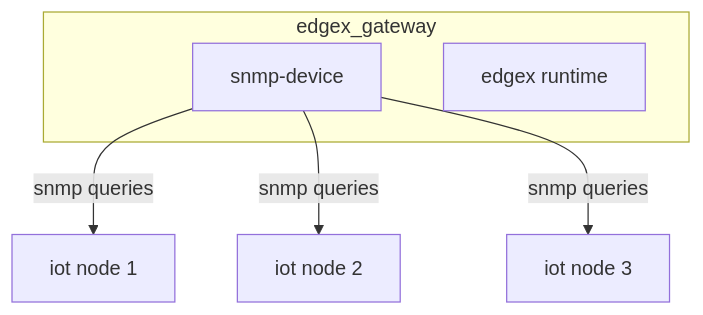
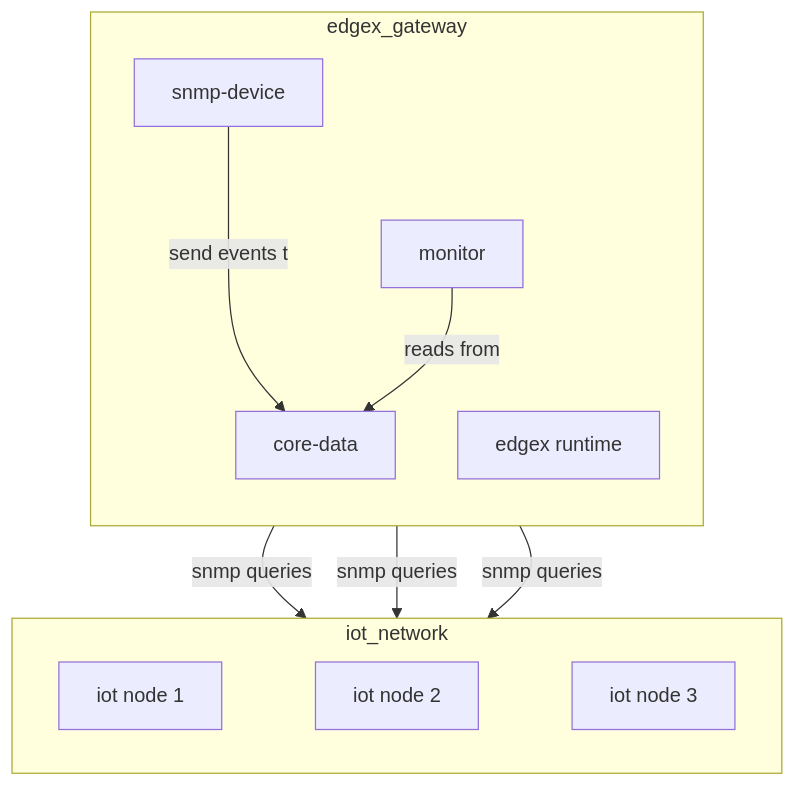
The diagram in readme.md (carnivuth/edgex_iot_simulation), drawn with Mermaid before and after one commit. The commit also changed other lines of this file, not shown here.

````diff
--- a/readme.md
+++ b/readme.md
@@ -9,11 +9,20 @@
 ```mermaid
 flowchart TD
 subgraph edgex_gateway
+direction TB
+F[monitor]
 A[snmp-device]
+G[core-data]
 E[edgex runtime]
+A --send events to--> G
+F --reads from--> G
 end
+subgraph iot_network
+direction LR
 B[iot node 1]
 C[iot node 2]
 D[iot node 3]
+B ~~~ C ~~~ D
+end
 A --snmp queries--> B & C & D
 ```
````
